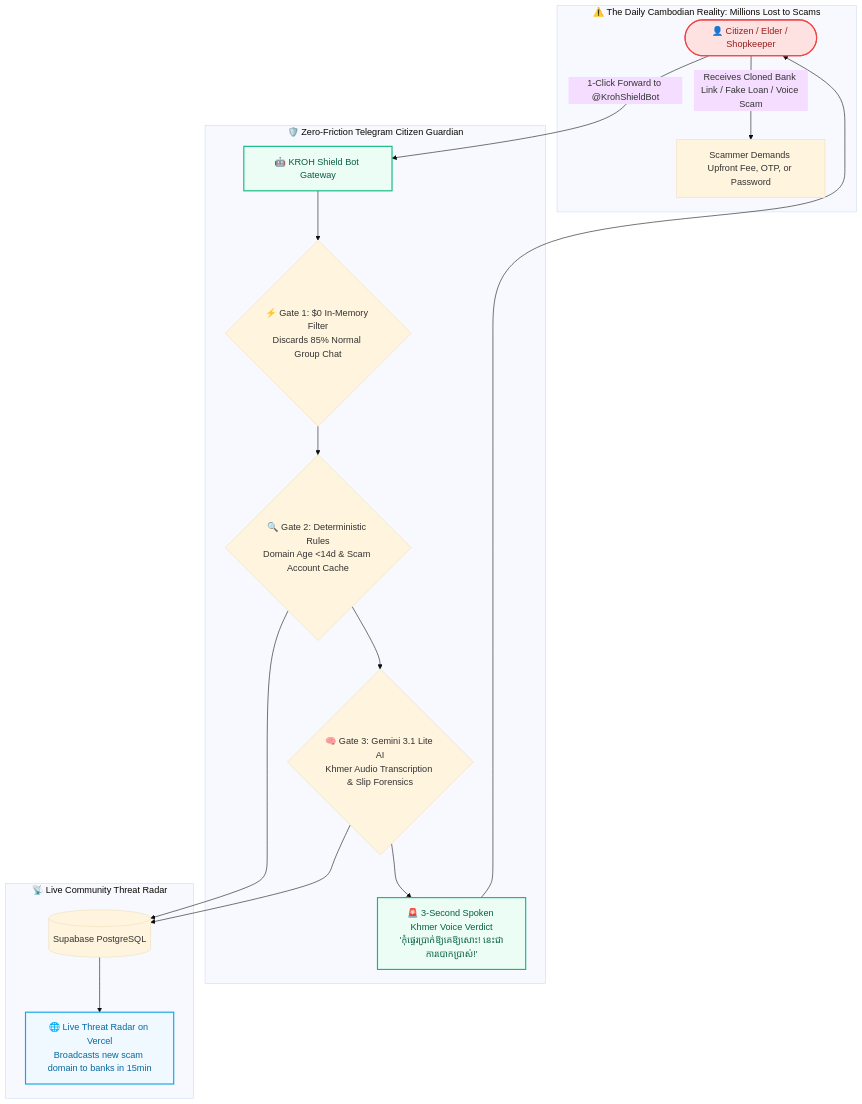
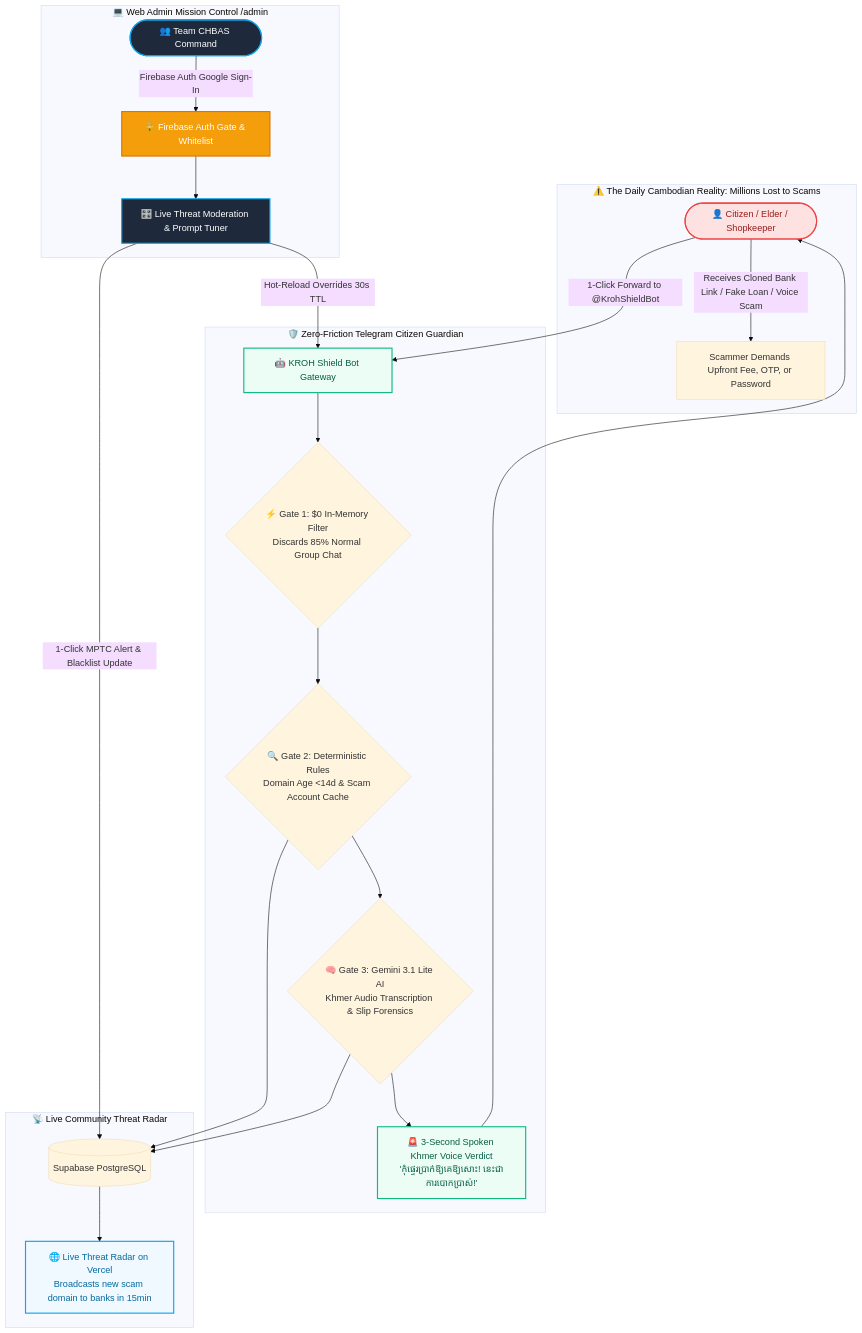
The diagram in README.md (christpor/kroh-ai-hackathon), drawn with Mermaid (base theme) before and after one commit. The commit also changed other lines of this file and 2 other files, not shown here.

Commit message:
docs(arch): integrate web admin mission control with firebase auth into architecture and readme

````diff
--- a/README.md
+++ b/README.md
@@ -32,24 +32,33 @@
 ```mermaid
 graph TD
   classDef victim fill:#fee2e2,stroke:#ef4444,stroke-width:2px,color:#991b1b;
   classDef shield fill:#ecfdf5,stroke:#10b981,stroke-width:2px,color:#065f46;
   classDef radar fill:#f0f9ff,stroke:#0ea5e9,stroke-width:2px,color:#0369a1;
+  classDef admin fill:#1e293b,stroke:#0ea5e9,stroke-width:2px,color:#fff;
+  classDef auth fill:#f59e0b,stroke:#d97706,stroke-width:2px,color:#fff;
 
   subgraph The Problem [⚠️ The Daily Cambodian Reality: Millions Lost to Scams]
     Victim([👤 Citizen / Elder / Shopkeeper]):::victim -->|Receives Cloned Bank Link / Fake Loan / Voice Scam| Trap[Scammer Demands Upfront Fee, OTP, or Password]
   end
 
   subgraph The KROH Solution [🛡️ Zero-Friction Telegram Citizen Guardian]
     Victim -->|1-Click Forward to @KrohShieldBot| Bot[🤖 KROH Shield Bot Gateway]:::shield
     Bot --> Gate1{⚡ Gate 1: $0 In-Memory Filter<br/>Discards 85% Normal Group Chat}
     Gate1 --> Gate2{🔍 Gate 2: Deterministic Rules<br/>Domain Age <14d & Scam Account Cache}
     Gate2 --> Gate3{🧠 Gate 3: Gemini 3.1 Lite AI<br/>Khmer Audio Transcription & Slip Forensics}
     Gate3 --> VoiceAlert[🚨 3-Second Spoken Khmer Voice Verdict<br/>'កុំផ្ទេរប្រាក់ឱ្យគេឱ្យសោះ! នេះជាការបោកប្រាស់!']:::shield
     VoiceAlert --> Victim
   end
 
+  subgraph Mission Control [💻 Web Admin Mission Control /admin]
+    TeamCHBAS([👥 Team CHBAS Command]):::admin -->|Firebase Auth Google Sign-In| FireGate[🔒 Firebase Auth Gate & Whitelist]:::auth
+    FireGate --> AdminHub[🎛️ Live Threat Moderation & Prompt Tuner]:::admin
+    AdminHub -->|Hot-Reload Overrides 30s TTL| Bot
+  end
+
   subgraph National Collective Immunity [📡 Live Community Threat Radar]
     Gate2 & Gate3 --> TelemetryStream[(Supabase PostgreSQL)]
+    AdminHub -->|1-Click MPTC Alert & Blacklist Update| TelemetryStream
     TelemetryStream --> LiveRadarMap[🌐 Live Threat Radar on Vercel<br/>Broadcasts new scam domain to banks in 15min]:::radar
   end
 ```
````
